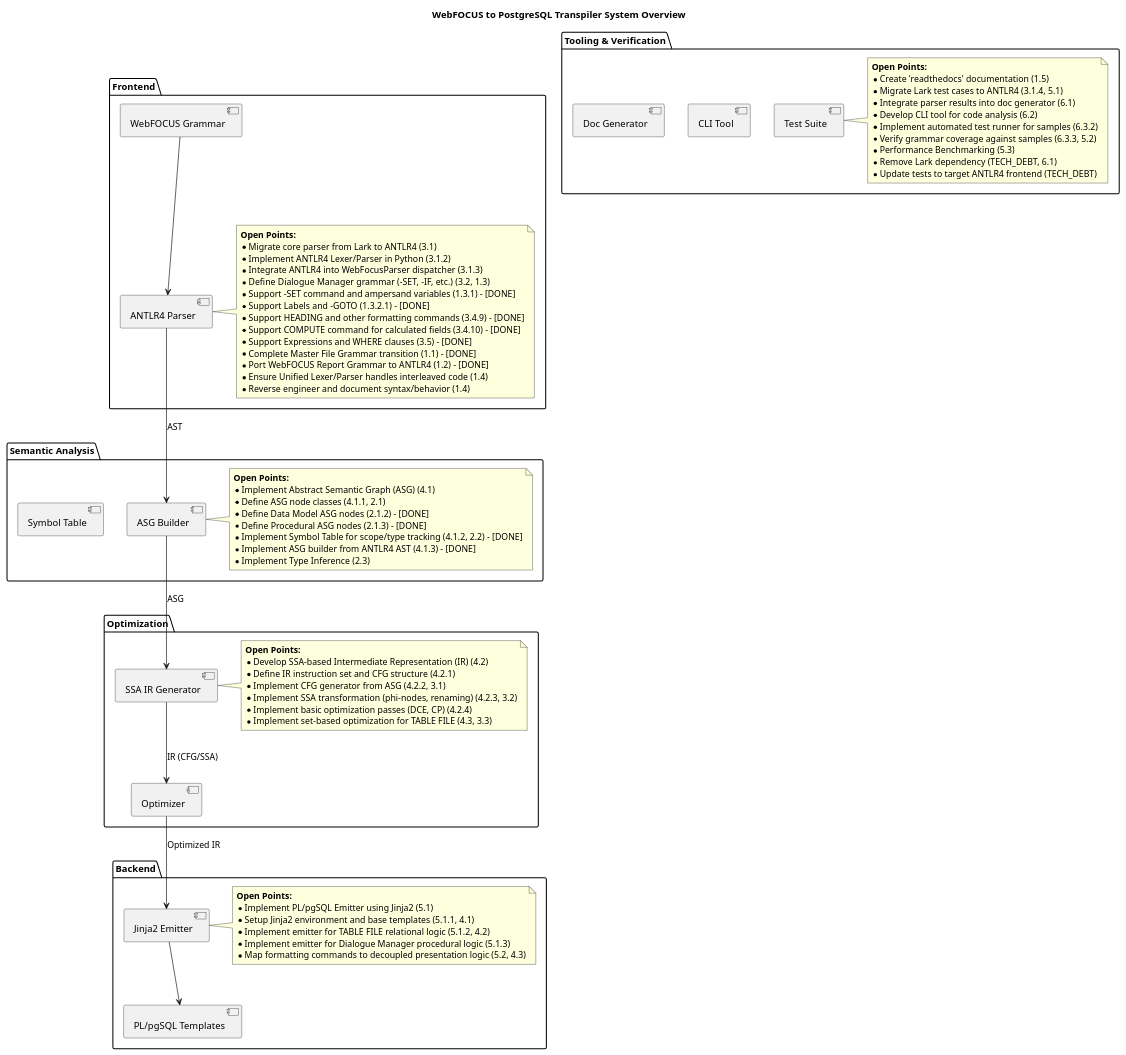
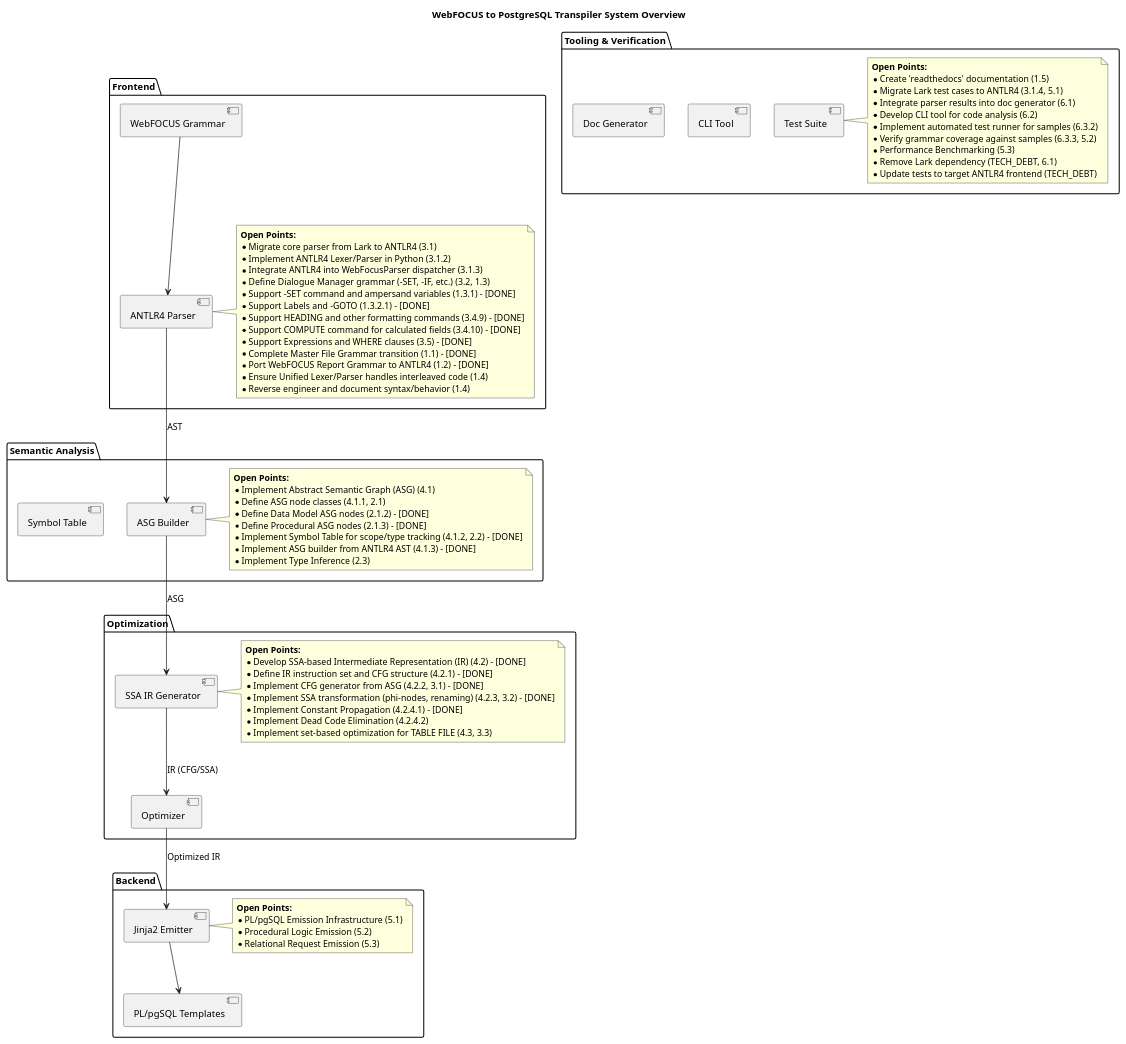
One commit to chatelao/web-focus-benf changed the diagram in SYSTEM_OVERVIEW.plantuml. Above: the diagram before and after it, drawn with PlantUML. The commit also changed 4 other files, not shown here.

First line of the commit message:
feat: implement constant propagation and fold IR optimization

```diff
--- a/SYSTEM_OVERVIEW.plantuml
+++ b/SYSTEM_OVERVIEW.plantuml
@@ -1,94 +1,93 @@
 @startuml
 skinparam componentStyle uml2
 
 title WebFOCUS to PostgreSQL Transpiler System Overview
 
 package "Frontend" {
     [ANTLR4 Parser] as Parser
     [WebFOCUS Grammar] as Grammar
     note right of Parser
         **Open Points:**
         * Migrate core parser from Lark to ANTLR4 (3.1)
         * Implement ANTLR4 Lexer/Parser in Python (3.1.2)
         * Integrate ANTLR4 into WebFocusParser dispatcher (3.1.3)
         * Define Dialogue Manager grammar (-SET, -IF, etc.) (3.2, 1.3)
         * Support -SET command and ampersand variables (1.3.1) - [DONE]
         * Support Labels and -GOTO (1.3.2.1) - [DONE]
         * Support HEADING and other formatting commands (3.4.9) - [DONE]
         * Support COMPUTE command for calculated fields (3.4.10) - [DONE]
         * Support Expressions and WHERE clauses (3.5) - [DONE]
         * Complete Master File Grammar transition (1.1) - [DONE]
         * Port WebFOCUS Report Grammar to ANTLR4 (1.2) - [DONE]
         * Ensure Unified Lexer/Parser handles interleaved code (1.4)
         * Reverse engineer and document syntax/behavior (1.4)
     end note
 }
 
 package "Semantic Analysis" {
     [ASG Builder] as ASGBuilder
     [Symbol Table] as SymbolTable
     note right of ASGBuilder
         **Open Points:**
         * Implement Abstract Semantic Graph (ASG) (4.1)
         * Define ASG node classes (4.1.1, 2.1)
         * Define Data Model ASG nodes (2.1.2) - [DONE]
         * Define Procedural ASG nodes (2.1.3) - [DONE]
         * Implement Symbol Table for scope/type tracking (4.1.2, 2.2) - [DONE]
         * Implement ASG builder from ANTLR4 AST (4.1.3) - [DONE]
         * Implement Type Inference (2.3)
     end note
 }
 
 package "Optimization" {
     [SSA IR Generator] as IRGen
     [Optimizer] as Optimizer
     note right of IRGen
         **Open Points:**
-        * Develop SSA-based Intermediate Representation (IR) (4.2)
-        * Define IR instruction set and CFG structure (4.2.1)
-        * Implement CFG generator from ASG (4.2.2, 3.1)
-        * Implement SSA transformation (phi-nodes, renaming) (4.2.3, 3.2)
-        * Implement basic optimization passes (DCE, CP) (4.2.4)
+        * Develop SSA-based Intermediate Representation (IR) (4.2) - [DONE]
+        * Define IR instruction set and CFG structure (4.2.1) - [DONE]
+        * Implement CFG generator from ASG (4.2.2, 3.1) - [DONE]
+        * Implement SSA transformation (phi-nodes, renaming) (4.2.3, 3.2) - [DONE]
+        * Implement Constant Propagation (4.2.4.1) - [DONE]
+        * Implement Dead Code Elimination (4.2.4.2)
         * Implement set-based optimization for TABLE FILE (4.3, 3.3)
     end note
 }
 
 package "Backend" {
     [Jinja2 Emitter] as Emitter
     [PL/pgSQL Templates] as Templates
     note right of Emitter
         **Open Points:**
-        * Implement PL/pgSQL Emitter using Jinja2 (5.1)
-        * Setup Jinja2 environment and base templates (5.1.1, 4.1)
-        * Implement emitter for TABLE FILE relational logic (5.1.2, 4.2)
-        * Implement emitter for Dialogue Manager procedural logic (5.1.3)
-        * Map formatting commands to decoupled presentation logic (5.2, 4.3)
+        * PL/pgSQL Emission Infrastructure (5.1)
+        * Procedural Logic Emission (5.2)
+        * Relational Request Emission (5.3)
     end note
 }
 
 package "Tooling & Verification" {
     [CLI Tool] as CLI
     [Test Suite] as Tests
     [Doc Generator] as DocGen
     note right of Tests
         **Open Points:**
         * Create 'readthedocs' documentation (1.5)
         * Migrate Lark test cases to ANTLR4 (3.1.4, 5.1)
         * Integrate parser results into doc generator (6.1)
         * Develop CLI tool for code analysis (6.2)
         * Implement automated test runner for samples (6.3.2)
         * Verify grammar coverage against samples (6.3.3, 5.2)
         * Performance Benchmarking (5.3)
         * Remove Lark dependency (TECH_DEBT, 6.1)
         * Update tests to target ANTLR4 frontend (TECH_DEBT)
     end note
 }
 
 Grammar --> Parser
 Parser --> ASGBuilder : AST
 ASGBuilder --> IRGen : ASG
 IRGen --> Optimizer : IR (CFG/SSA)
 Optimizer --> Emitter : Optimized IR
 Emitter --> Templates
 
 @enduml
```
